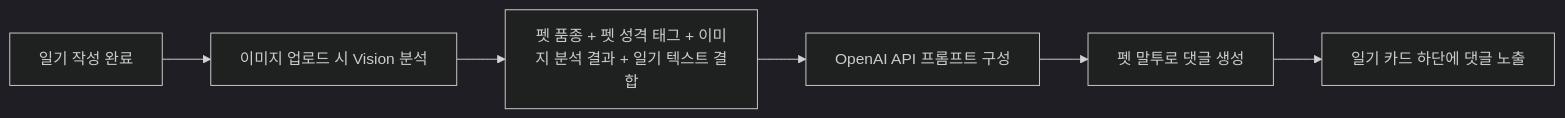
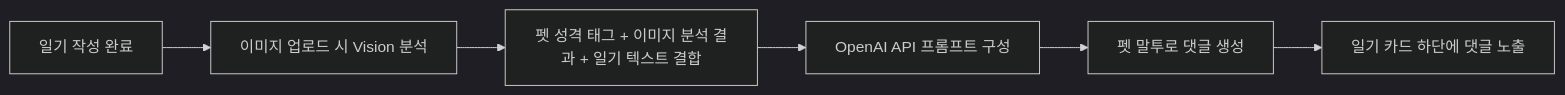
The first of 4 diagrams in docs/펫토리_기획서.md (everysoon/pettory), drawn with Mermaid (dark theme) before and after one commit. The commit also changed other lines of this file and 19 other files, not shown here.

````diff
--- a/docs/펫토리_기획서.md
+++ b/docs/펫토리_기획서.md
@@ -50,8 +62,8 @@
 ```mermaid
 flowchart LR
     A[일기 작성 완료] --> B[이미지 업로드 시 Vision 분석]
-    B --> C[펫 품종 + 펫 성격 태그 + 이미지 분석 결과 + 일기 텍스트 결합]
+    B --> C[펫 성격 태그 + 이미지 분석 결과 + 일기 텍스트 결합]
     C --> D[OpenAI API 프롬프트 구성]
     D --> E[펫 말투로 댓글 생성]
     E --> F[일기 카드 하단에 댓글 노출]
 ```
````
